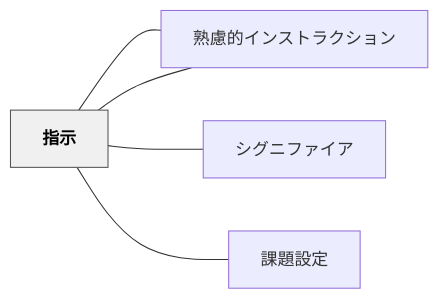
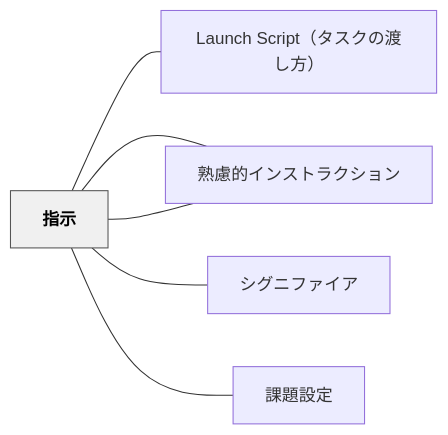
The diagram in content/パタン/指示.md (unknownthings-ed-patterns/unknownthings-ed-patterns), drawn with Mermaid before and after one commit. The commit also changed other lines of this file and 473 other files, not shown here.

````diff
--- a/content/パタン/指示.md
+++ b/content/パタン/指示.md
@@ -45,16 +46,18 @@
 ```mermaid
 flowchart LR
     ne68c87e7a4ba["指示"]
+    n4c61756e6368["Launch Script（タスクの渡し方）"]
     ne7869fe685ae["熟慮的教育材料"]
     ne7869fe685ae["熟慮的インストラクション"]
     ne382b7e382b0["シグニファイア"]
     ne8aab2e9a18c["課題設定"]
 
+    ne68c87e7a4ba --- n4c61756e6368
     ne68c87e7a4ba --- ne7869fe685ae
     ne68c87e7a4ba --- ne7869fe685ae
     ne68c87e7a4ba --- ne382b7e382b0
     ne68c87e7a4ba --- ne8aab2e9a18c
 
     classDef hub fill:#f0f0f0,stroke:#555,color:#000,font-weight:bold
     class ne68c87e7a4ba hub
 ```
````
